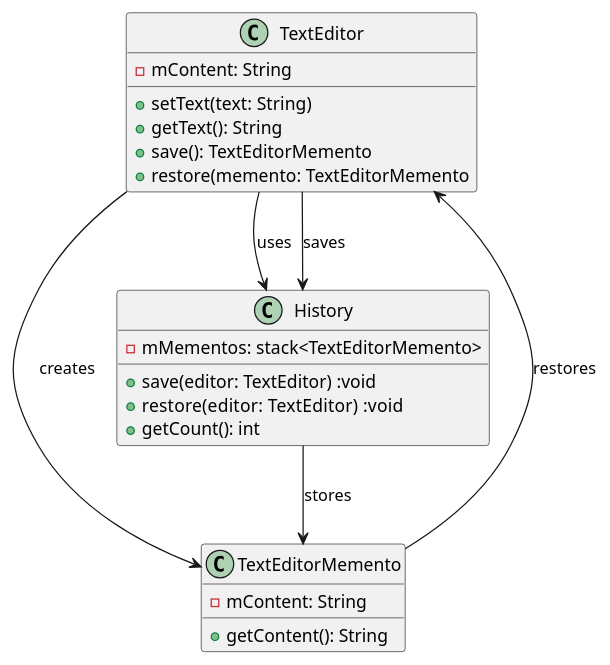
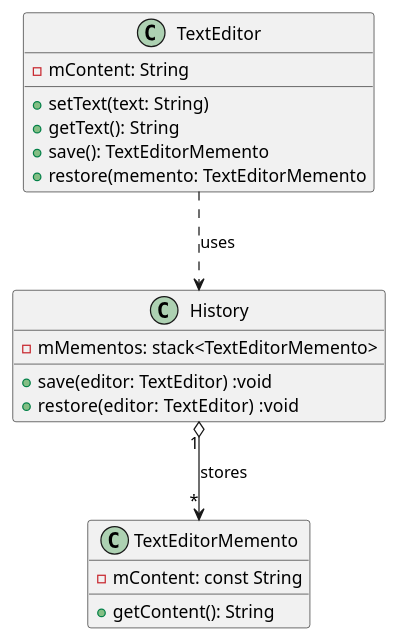
One commit to ShamRajput/System-Design changed the diagram in 4_BehaviouralPattern/Memento/memento.puml. Above: the diagram before and after it, drawn with PlantUML. The commit also changed 9 other files, not shown here.

Commit message:
Behavioural Pattern and Creational patten class diagram added

```diff
--- a/4_BehaviouralPattern/Memento/memento.puml
+++ b/4_BehaviouralPattern/Memento/memento.puml
@@ -1,26 +1,25 @@
 @startuml
     class TextEditor {
         -mContent: String        
         +setText(text: String)
         +getText(): String
         +save(): TextEditorMemento
         +restore(memento: TextEditorMemento
     }
     class TextEditorMemento {
-        -mContent: String
+        -mContent: const String
         +getContent(): String
     }
     
     class History {
         -mMementos: stack<TextEditorMemento>
         +save(editor: TextEditor) :void  
         +restore(editor: TextEditor)  :void
-        +getCount(): int
+       
     }
     
-    TextEditor --> TextEditorMemento : creates
-    TextEditor --> History : uses
-    TextEditorMemento --> TextEditor : restores
-    History --> TextEditorMemento : stores
-    TextEditor --> History : saves
+
+    TextEditor ..> History : uses
+    History "1" o--> "*" TextEditorMemento : stores
+    
 @enduml
```
